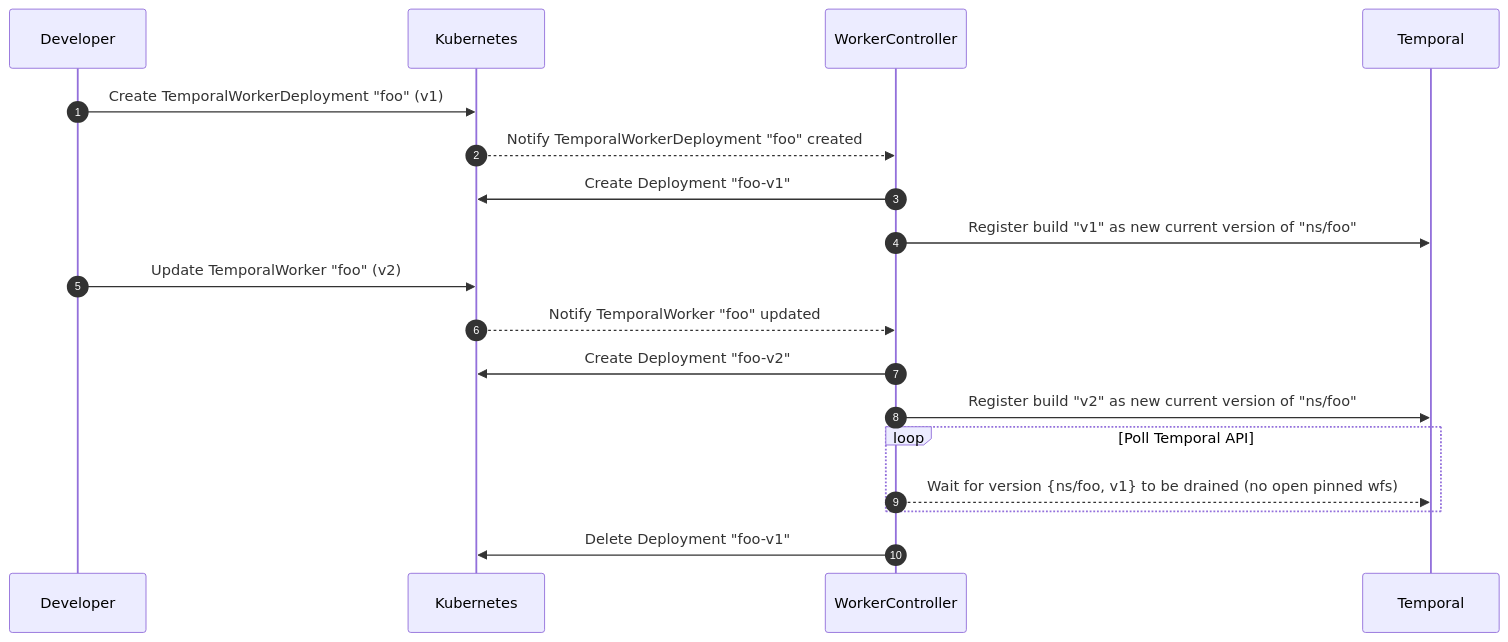
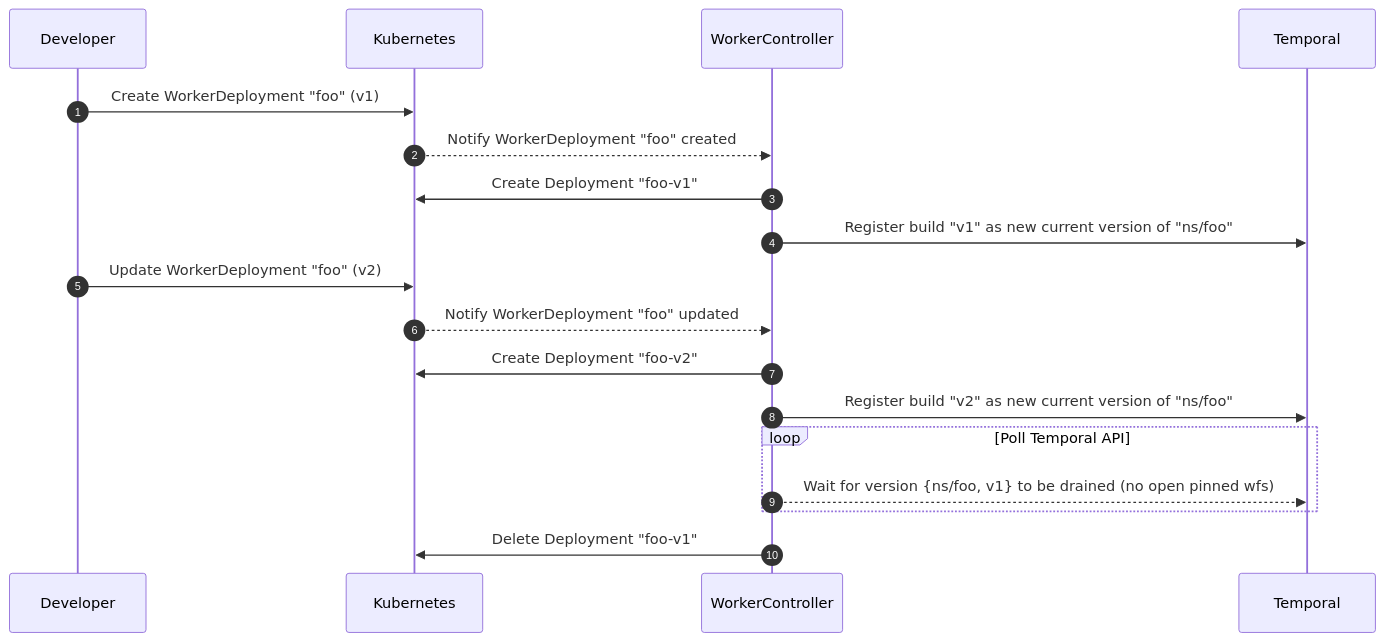
One commit to temporalio/temporal-worker-controller changed the second of 2 diagrams in docs/architecture.md. Above: the diagram before and after it, drawn with Mermaid. The commit also changed other lines of this file and 11 other files, not shown here.

````diff
--- a/docs/architecture.md
+++ b/docs/architecture.md
@@ -98,23 +98,23 @@
 ```mermaid
 sequenceDiagram
     autonumber
     participant Dev as Developer
     participant K8s as Kubernetes
     participant Ctl as WorkerController
     participant T as Temporal
 
-    Dev->>K8s: Create TemporalWorkerDeployment "foo" (v1)
-    K8s-->>Ctl: Notify TemporalWorkerDeployment "foo" created
+    Dev->>K8s: Create WorkerDeployment "foo" (v1)
+    K8s-->>Ctl: Notify WorkerDeployment "foo" created
     Ctl->>K8s: Create Deployment "foo-v1"
     Ctl->>T: Register build "v1" as new current version of "ns/foo"
-    Dev->>K8s: Update TemporalWorker "foo" (v2)
-    K8s-->>Ctl: Notify TemporalWorker "foo" updated
+    Dev->>K8s: Update WorkerDeployment "foo" (v2)
+    K8s-->>Ctl: Notify WorkerDeployment "foo" updated
     Ctl->>K8s: Create Deployment "foo-v2"
     Ctl->>T: Register build "v2" as new current version of "ns/foo"
     
     loop Poll Temporal API
         Ctl-->>T: Wait for version {ns/foo, v1} to be drained (no open pinned wfs)
     end
     
     Ctl->>K8s: Delete Deployment "foo-v1"
 ```
````
